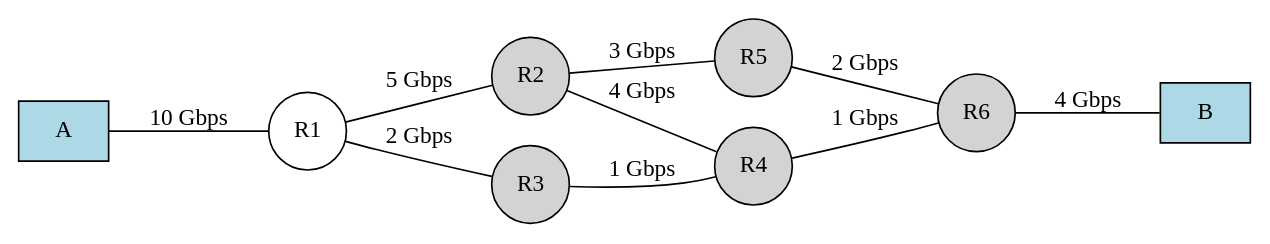
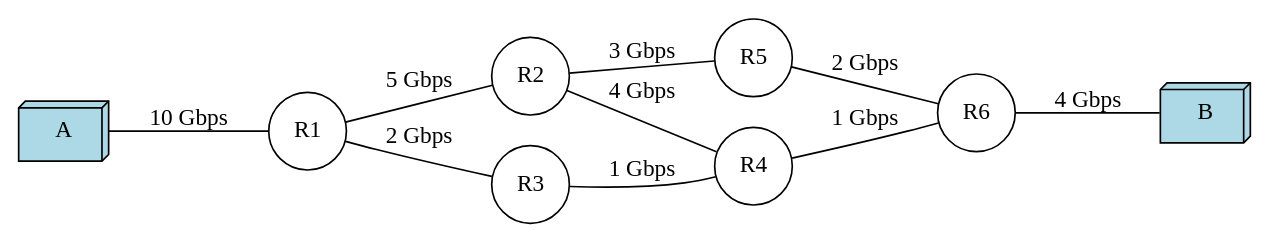
One commit to marko-lazarevic/dynamic-graphs-data-structures-and-algorithms changed the diagram in thesis/network.dot. Above: the diagram before and after it, drawn with Graphviz. The commit also changed 23 other files, not shown here.

```diff
--- a/thesis/network.dot
+++ b/thesis/network.dot
@@ -1,27 +1,27 @@
 digraph network {
 rankdir=LR;
-edge [dir=none, color=black];
-A [label=A, shape=box, style=filled, fillcolor=lightblue];
-B [label=B, shape=box, style=filled, fillcolor=lightblue];
+edge [dir=none, color=black, splines=line];
+A [label=A, shape=box3d, style=filled, fillcolor=lightblue];
+B [label=B, shape=box3d, style=filled, fillcolor=lightblue];
 r1 [label=R1, shape=circle];
-r2 [label=R2, shape=circle, style=filled, fillcolor=lightgray];
-r3 [label=R3, shape=circle, style=filled, fillcolor=lightgray];
-r4 [label=R4, shape=circle, style=filled, fillcolor=lightgray];
-r5 [label=R5, shape=circle, style=filled, fillcolor=lightgray];
-r6 [label=R6, shape=circle, style=filled, fillcolor=lightgray];
+r2 [label=R2, shape=circle];
+r3 [label=R3, shape=circle];
+r4 [label=R4, shape=circle];
+r5 [label=R5, shape=circle];
+r6 [label=R6, shape=circle];
 
 A -> r1 [label="10 Gbps"];
 
 r1 -> r2 [label="5 Gbps"];
 r1 -> r3 [label="2 Gbps"];
 
 r2 -> r4 [label="4 Gbps"];
 r3 -> r4 [label="1 Gbps"];
 
 r2 -> r5 [label="3 Gbps"];
 r5 -> r6 [label="2 Gbps"];
 
 r4 -> r6 [label="1 Gbps"];
 
 r6 -> B [label="4 Gbps"];
 }
```
